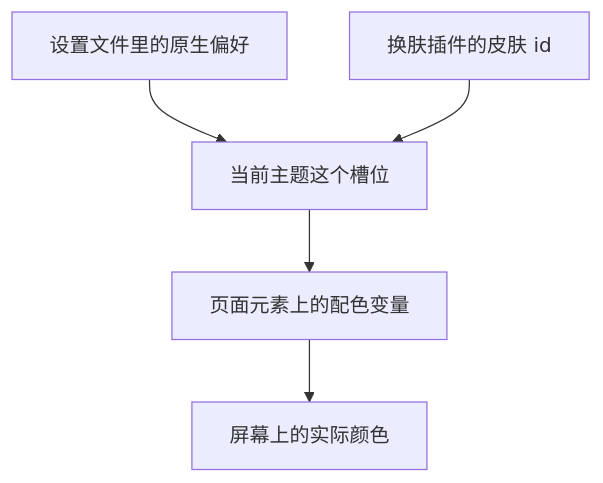
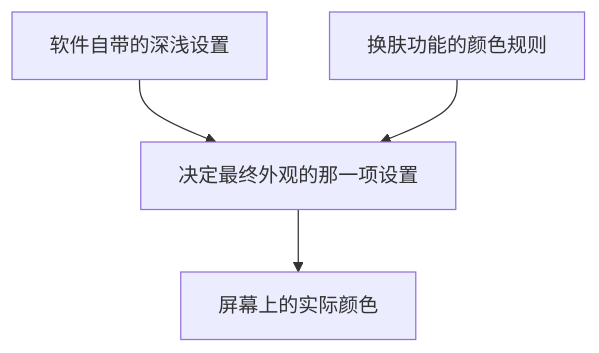
One commit to TwilightRainDev/TwilightRain changed the diagram in source/_posts/dsh-tavern-dark-mode-upstream.md. Above: the diagram before and after it, drawn with Mermaid. The commit also changed other lines of this file, not shown here.

````diff
--- a/source/_posts/dsh-tavern-dark-mode-upstream.md
+++ b/source/_posts/dsh-tavern-dark-mode-upstream.md
@@ -118,7 +119,6 @@
 ```mermaid
 graph TD
-    A[设置文件里的原生偏好] --> C[当前主题这个槽位]
-    B[换肤插件的皮肤 id] --> C
-    C --> D[页面元素上的配色变量]
-    D --> E[屏幕上的实际颜色]
+    A[软件自带的深浅设置] --> C[决定最终外观的那一项设置]
+    B[换肤功能的颜色规则] --> C
+    C --> D[屏幕上的实际颜色]
 ```
````
